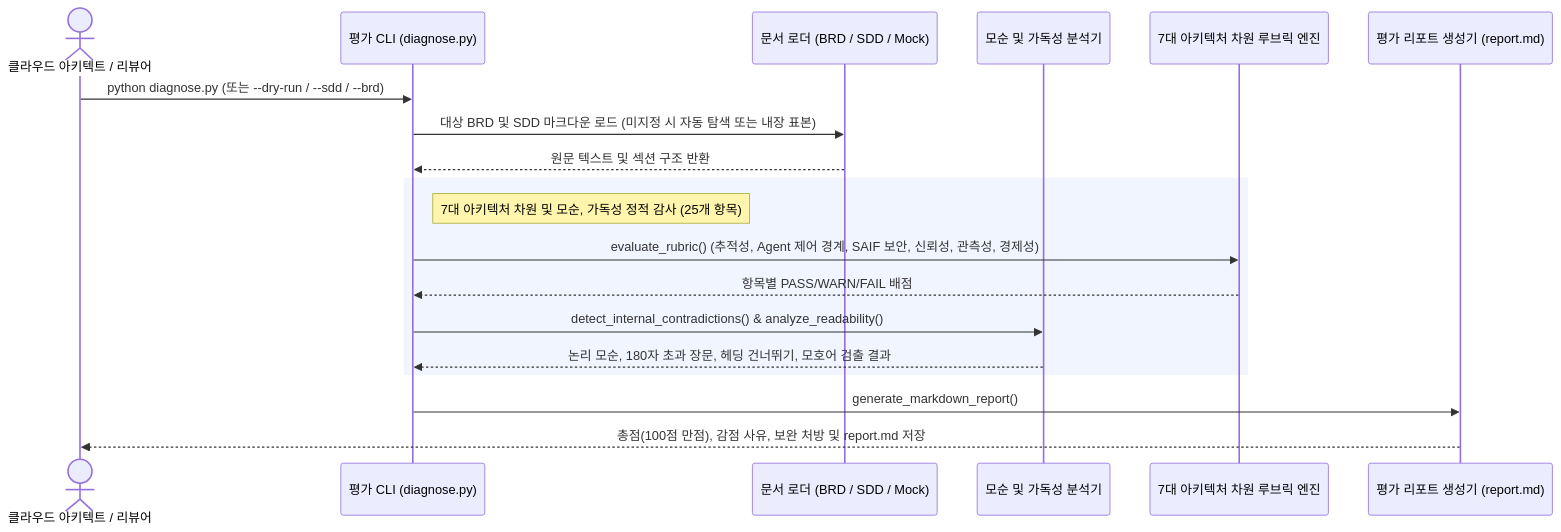
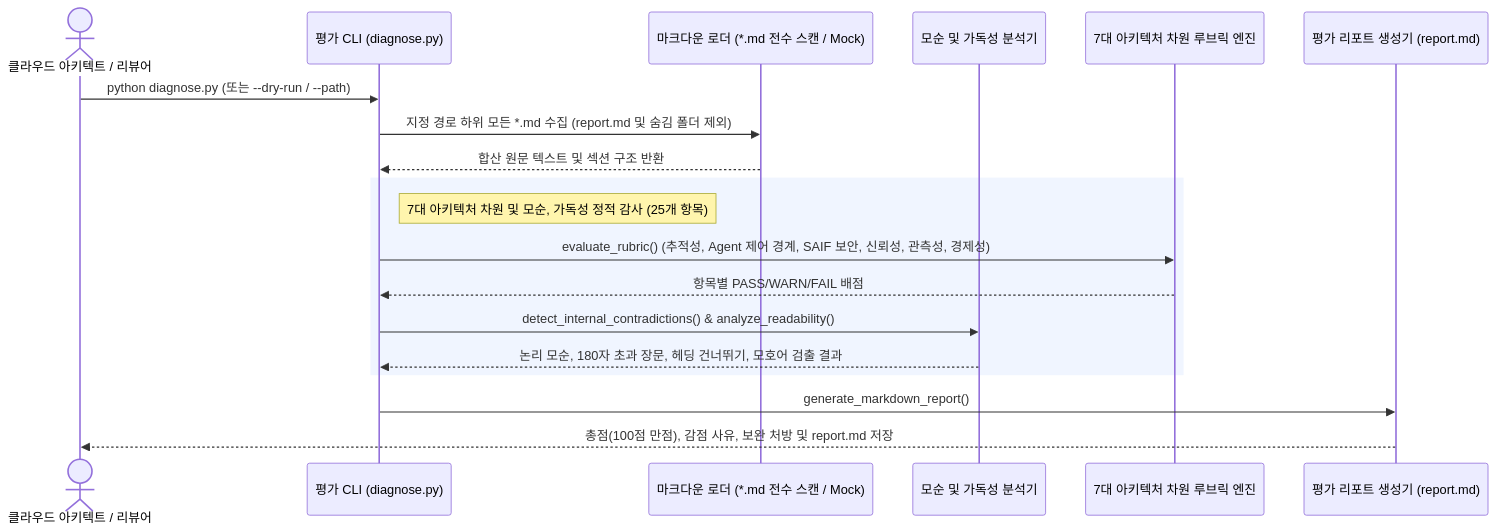
Before and after one commit to jiangjun-forge/google-cloud-0-to-1: the diagram in samples/gcp-architecture-evaluator/docs/TDD.md, drawn with Mermaid. The commit also changed other lines of this file and 6 other files, not shown here.

````diff
--- a/samples/gcp-architecture-evaluator/docs/TDD.md
+++ b/samples/gcp-architecture-evaluator/docs/TDD.md
@@ -23,24 +23,24 @@
 ```mermaid
 sequenceDiagram
     actor Arch as 클라우드 아키텍트 / 리뷰어
     participant CLI as 평가 CLI (diagnose.py)
-    participant Loader as 문서 로더 (BRD / SDD / Mock)
+    participant Loader as 마크다운 로더 (*.md 전수 스캔 / Mock)
     participant Logic as 모순 및 가독성 분석기
     participant Rubric as 7대 아키텍처 차원 루브릭 엔진
     participant Report as 평가 리포트 생성기 (report.md)
 
-    Arch->>CLI: python diagnose.py (또는 --dry-run / --sdd / --brd)
-    CLI->>Loader: 대상 BRD 및 SDD 마크다운 로드 (미지정 시 자동 탐색 또는 내장 표본)
-    Loader-->>CLI: 원문 텍스트 및 섹션 구조 반환
+    Arch->>CLI: python diagnose.py (또는 --dry-run / --path)
+    CLI->>Loader: 지정 경로 하위 모든 *.md 수집 (report.md 및 숨김 폴더 제외)
+    Loader-->>CLI: 합산 원문 텍스트 및 섹션 구조 반환
 
     rect rgb(240, 245, 255)
     note right of CLI: 7대 아키텍처 차원 및 모순, 가독성 정적 감사 (25개 항목)
     CLI->>Rubric: evaluate_rubric() (추적성, Agent 제어 경계, SAIF 보안, 신뢰성, 관측성, 경제성)
     Rubric-->>CLI: 항목별 PASS/WARN/FAIL 배점
     CLI->>Logic: detect_internal_contradictions() & analyze_readability()
     Logic-->>CLI: 논리 모순, 180자 초과 장문, 헤딩 건너뛰기, 모호어 검출 결과
     end
 
     CLI->>Report: generate_markdown_report()
     Report-->>Arch: 총점(100점 만점), 감점 사유, 보완 처방 및 report.md 저장
 ```
````
